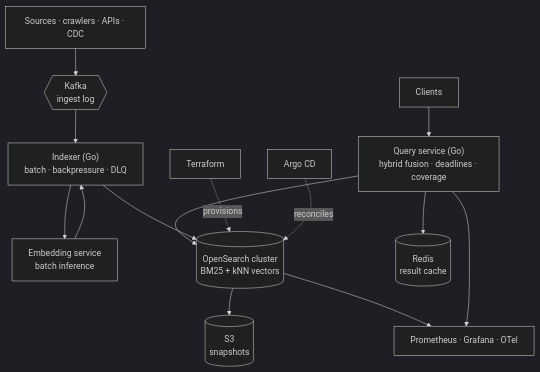
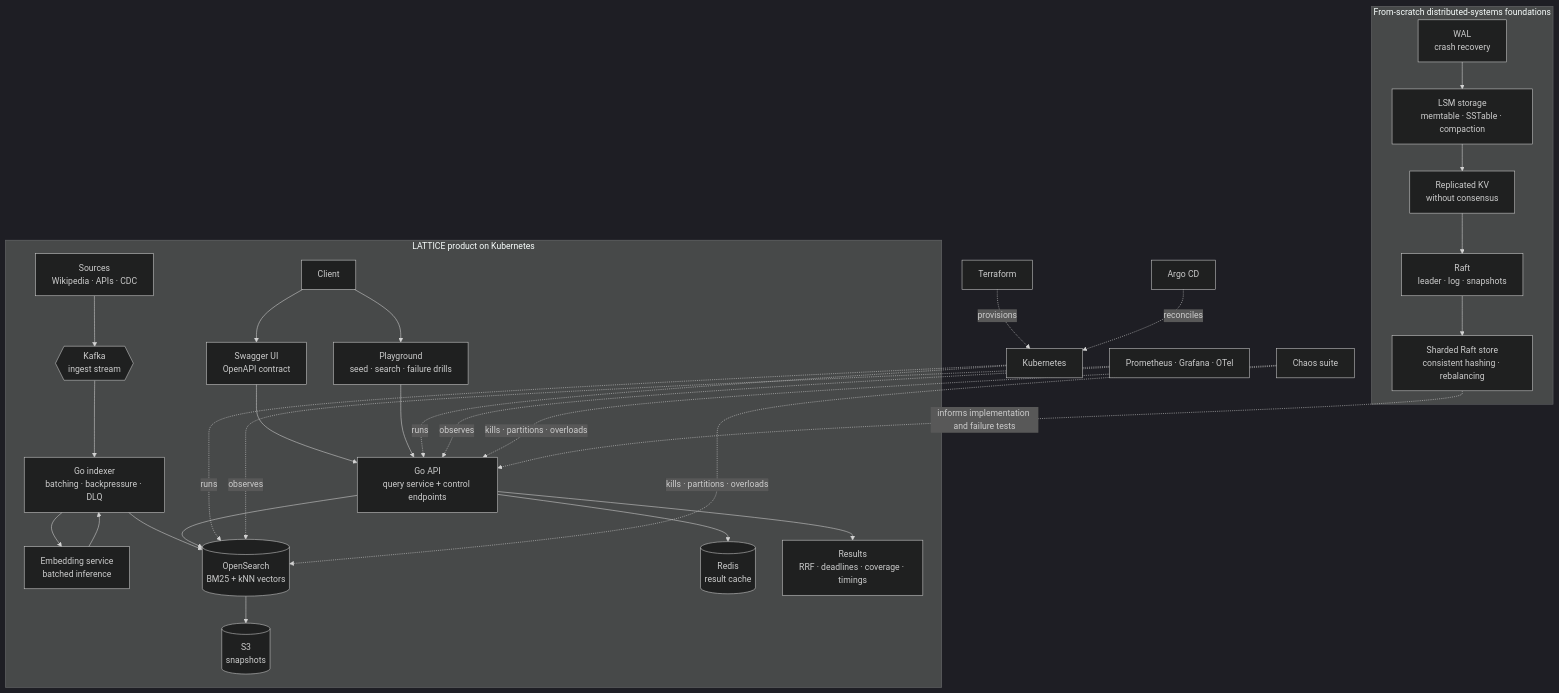
Before and after one commit to nickemma/lattice: the diagram in README.md, drawn with Mermaid (dark theme). The commit also changed other lines of this file and 65 other files, not shown here.

````diff
--- a/README.md
+++ b/README.md
@@ -61,18 +36,37 @@
 ```mermaid
 flowchart TB
-    SRC["Sources · crawlers · APIs · CDC"] --> K{{"Kafka<br/>ingest log"}}
-    K --> IDX["Indexer (Go)<br/>batch · backpressure · DLQ"]
-    IDX --> EMB["Embedding service<br/>batch inference"]
-    EMB --> IDX
-    IDX --> OS[("OpenSearch cluster<br/>BM25 + kNN vectors")]
+    subgraph FOUNDATIONS["From-scratch distributed-systems foundations"]
+        WAL["WAL<br/>crash recovery"] --> LSM["LSM storage<br/>memtable · SSTable · compaction"]
+        LSM --> KV["Replicated KV<br/>without consensus"]
+        KV --> RAFT["Raft<br/>leader · log · snapshots"]
+        RAFT --> SHARD["Sharded Raft store<br/>consistent hashing · rebalancing"]
+    end
 
-    CL["Clients"] --> Q["Query service (Go)<br/>hybrid fusion · deadlines · coverage"]
-    Q --> OS
-    Q --> RC[("Redis<br/>result cache")]
+    subgraph PRODUCT["LATTICE product on Kubernetes"]
+        SRC["Sources<br/>Wikipedia · APIs · CDC"] --> KAFKA{{"Kafka<br/>ingest stream"}}
+        KAFKA --> IDX["Go indexer<br/>batching · backpressure · DLQ"]
+        IDX --> EMB["Embedding service<br/>batched inference"]
+        EMB --> IDX
+        IDX --> OS[("OpenSearch<br/>BM25 + kNN vectors")]
 
-    OS --> SNAP[("S3<br/>snapshots")]
-    TF["Terraform"] -.provisions.-> OS
-    ARGO["Argo CD"] -.reconciles.-> OS
-    OS --> OBS["Prometheus · Grafana · OTel"]
-    Q --> OBS
+        CLIENT["Client"] --> SWAGGER["Swagger UI<br/>OpenAPI contract"]
+        CLIENT --> PLAY["Playground<br/>seed · search · failure drills"]
+        SWAGGER --> API["Go API<br/>query service + control endpoints"]
+        PLAY --> API
+        API --> OS
+        API --> CACHE[("Redis<br/>result cache")]
+        API --> RESP["Results<br/>RRF · deadlines · coverage · timings"]
+
+        OS --> SNAP[("S3\nsnapshots")]
+    end
+
+    TF["Terraform"] -. provisions .-> K8S["Kubernetes"]
+    K8S -. runs .-> OS
+    K8S -. runs .-> API
+    ARGO["Argo CD"] -. reconciles .-> K8S
+    OBS["Prometheus · Grafana · OTel"] -. observes .-> OS
+    OBS -. observes .-> API
+    CHAOS["Chaos suite"] -. kills · partitions · overloads .-> OS
+    CHAOS -. kills · partitions · overloads .-> API
+    SHARD -. informs implementation and failure tests .-> API
 ```
````
